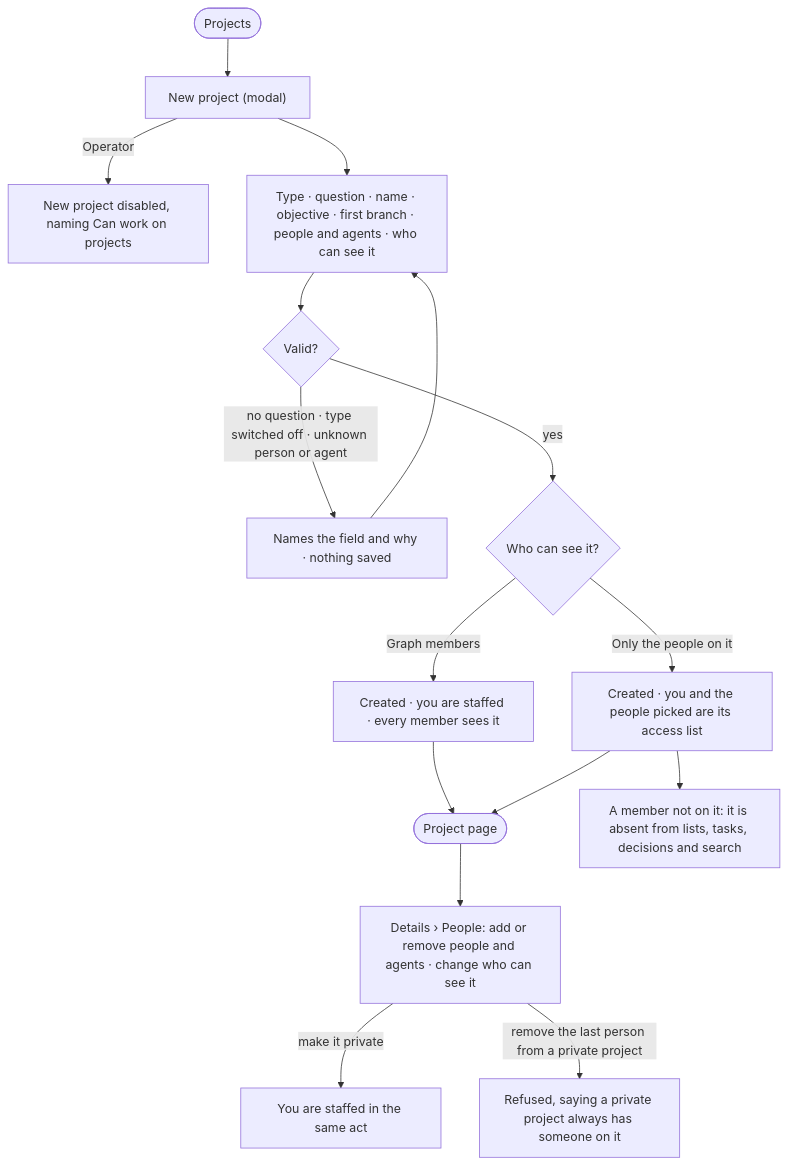
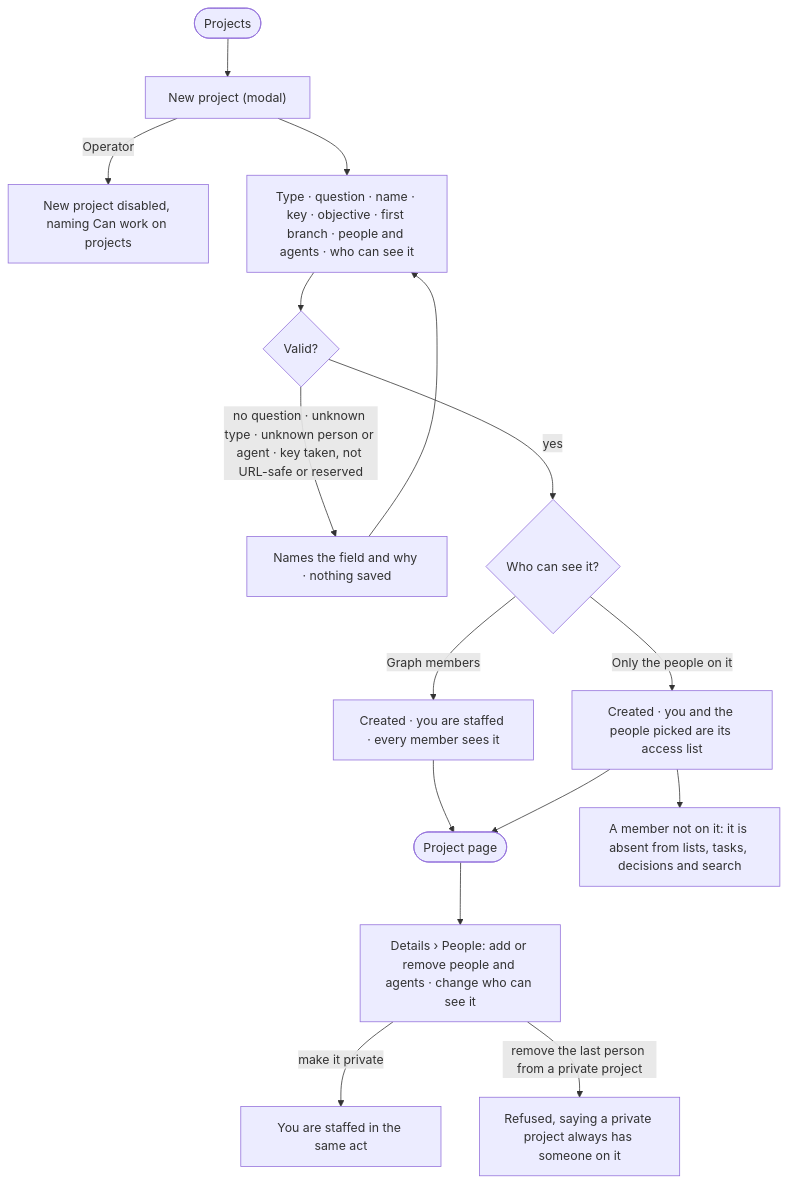
The diagram in specs/capabilities/projects/features/PJ-F01-projects-and-tasks/stories/PJ-02-start-a-project-and-say-who-can-see-it/story.md (invana/invana), drawn with Mermaid before and after one commit. The commit also changed other lines of this file and 637 other files, not shown here.

````diff
--- a/specs/capabilities/projects/features/PJ-F01-projects-and-tasks/stories/PJ-02-start-a-project-and-say-who-can-see-it/story.md
+++ b/specs/capabilities/projects/features/PJ-F01-projects-and-tasks/stories/PJ-02-start-a-project-and-say-who-can-see-it/story.md
@@ -27,17 +27,17 @@
 ```mermaid
 flowchart TD
   s([Projects]) --> n["New project (modal)"]
   n -->|Operator| na["New project disabled, naming Can work on projects"]
-  n --> f["Type · question · name · objective · first branch · people and agents · who can see it"]
+  n --> f["Type · question · name · key · objective · first branch · people and agents · who can see it"]
   f --> v{"Valid?"}
-  v -->|no question · type switched off · unknown person or agent| ref["Names the field and why · nothing saved"] --> f
+  v -->|no question · unknown type · unknown person or agent · key taken, not URL-safe or reserved| ref["Names the field and why · nothing saved"] --> f
   v -->|yes| vis{"Who can see it?"}
   vis -->|Graph members| g["Created · you are staffed · every member sees it"]
   vis -->|Only the people on it| p["Created · you and the people picked are its access list"]
   g --> pg(["Project page"])
   p --> pg
   pg --> chg["Details › People: add or remove people and agents · change who can see it"]
   chg -->|make it private| mp["You are staffed in the same act"]
   chg -->|remove the last person from a private project| rl["Refused, saying a private project always has someone on it"]
   p --> hid["A member not on it: it is absent from lists, tasks, decisions and search"]
 ```
````
